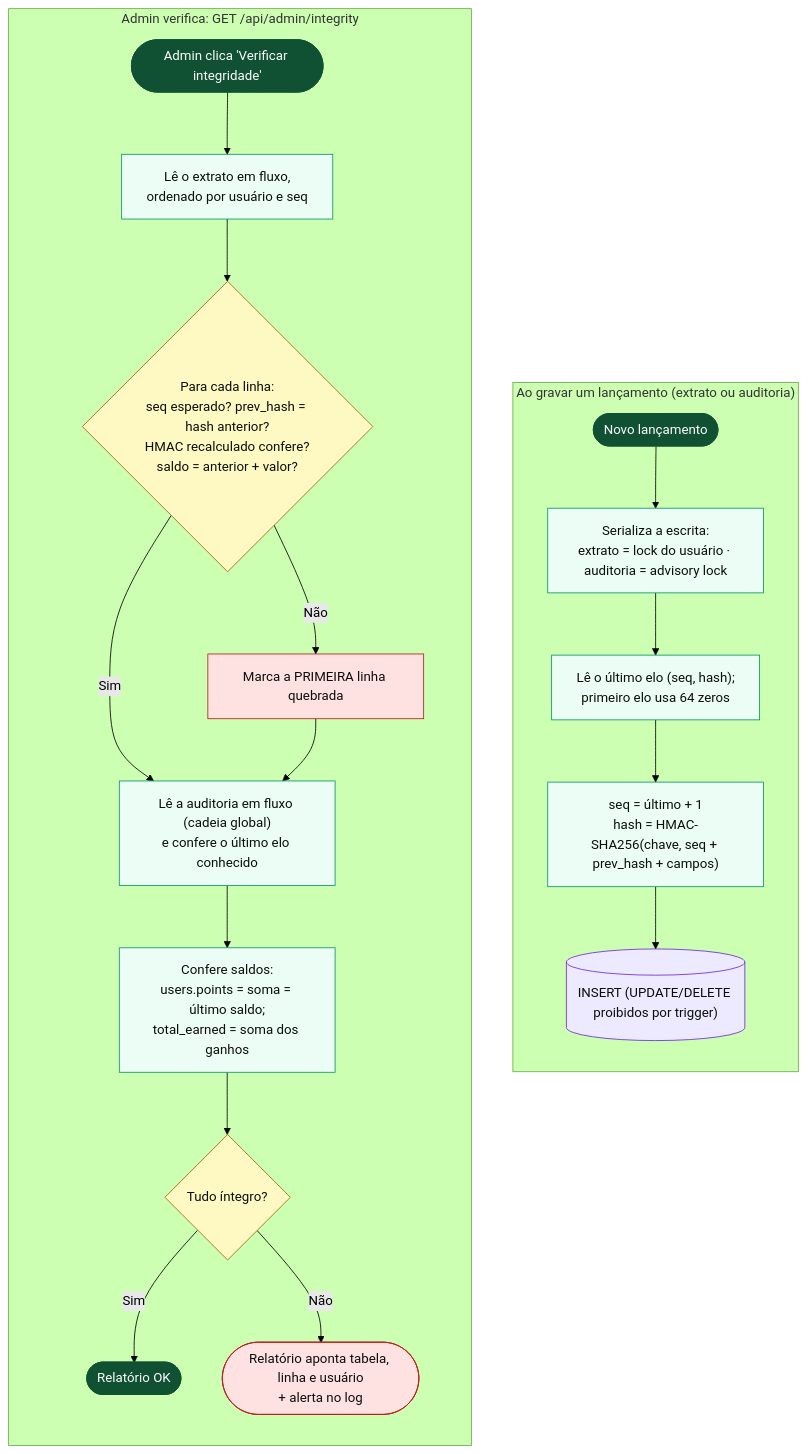
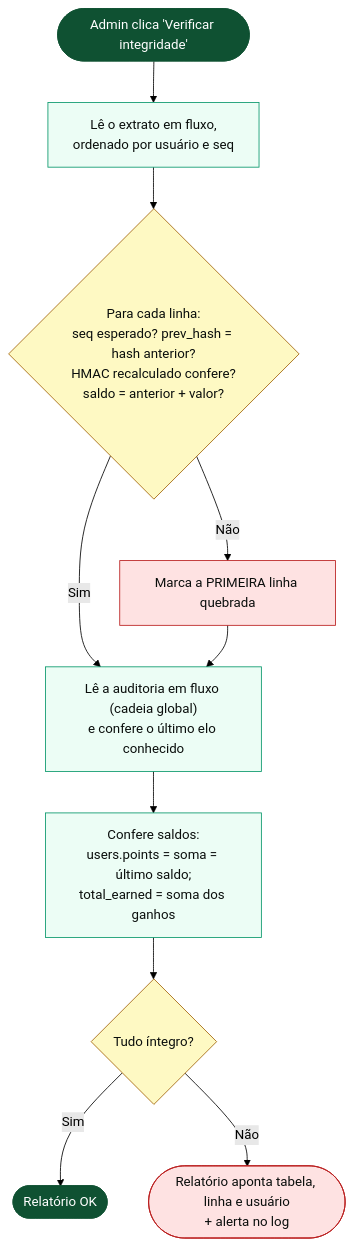
Before and after one commit to Leandro-Rafael/ExpoTech2.0_2026: diagram 15 of 20 in docs/FLUXOGRAMA.md, drawn with Mermaid (forest theme). The commit also changed other lines of this file and 84 other files, not shown here.

Commit message:
Documentação final (diagramas re-renderizados), caminhão com portas traseiras na landing, cache de estáticos e iniciar.bat

````diff
--- a/docs/FLUXOGRAMA.md
+++ b/docs/FLUXOGRAMA.md
@@ -515,29 +589,18 @@
 ```mermaid
 flowchart TD
-    subgraph GRAVAR ["Ao gravar um lançamento (extrato ou auditoria)"]
-        direction TB
-        W1(["Novo lançamento"]):::term --> W2["Serializa a escrita:<br/>extrato = lock do usuário · auditoria = advisory lock"]:::proc
-        W2 --> W3["Lê o último elo (seq, hash);<br/>primeiro elo usa 64 zeros"]:::proc
-        W3 --> W4["seq = último + 1<br/>hash = HMAC-SHA256(chave, seq + prev_hash + campos)"]:::proc
-        W4 --> W5[("INSERT (UPDATE/DELETE proibidos por trigger)")]:::db
-    end
-
-    subgraph VERIF ["Admin verifica: GET /api/admin/integrity"]
-        direction TB
-        V1(["Admin clica 'Verificar integridade'"]):::term --> V2["Lê o extrato em fluxo,<br/>ordenado por usuário e seq"]:::proc
-        V2 --> V3{"Para cada linha:<br/>seq esperado? prev_hash = hash anterior?<br/>HMAC recalculado confere?<br/>saldo = anterior + valor?"}:::dec
-        V3 -- "Não" --> V4["Marca a PRIMEIRA linha quebrada"]:::err
-        V3 -- "Sim" --> V5["Lê a auditoria em fluxo (cadeia global)<br/>e confere o último elo conhecido"]:::proc
-        V4 --> V5
-        V5 --> V6["Confere saldos:<br/>users.points = soma = último saldo;<br/>total_earned = soma dos ganhos"]:::proc
-        V6 --> V7{"Tudo íntegro?"}:::dec
-        V7 -- "Sim" --> V8(["Relatório OK"]):::term
-        V7 -- "Não" --> V9(["Relatório aponta tabela, linha e usuário<br/>+ alerta no log"]):::err
-    end
+    V1(["Admin clica 'Verificar integridade'"]):::term --> V2["Lê o extrato em fluxo,<br/>ordenado por usuário e seq"]:::proc
+    V2 --> V3{"Para cada linha:<br/>seq esperado? prev_hash = hash anterior?<br/>HMAC recalculado confere?<br/>saldo = anterior + valor?"}:::dec
+    V3 -- "Não" --> V4["Marca a PRIMEIRA linha quebrada"]:::err
+    V3 -- "Sim" --> V5["Lê a auditoria em fluxo (cadeia global)<br/>e confere o último elo conhecido"]:::proc
+    V4 --> V5
+    V5 --> V6["Confere saldos:<br/>users.points = soma = último saldo;<br/>total_earned = soma dos ganhos"]:::proc
+    V6 --> V7{"Tudo íntegro?"}:::dec
+    V7 -- "Sim" --> V8(["Relatório OK"]):::term
+    V7 -- "Não" --> V9(["Relatório aponta tabela, linha e usuário<br/>+ alerta no log"]):::err
 
     classDef term fill:#0f5132,stroke:#0f5132,color:#ffffff
     classDef proc fill:#ecfdf5,stroke:#059669,color:#0a0e0c
     classDef dec fill:#fef9c3,stroke:#a16207,color:#0a0e0c
     classDef db fill:#ede9fe,stroke:#6d28d9,color:#0a0e0c
     classDef err fill:#fee2e2,stroke:#b91c1c,color:#0a0e0c
 ```
````
